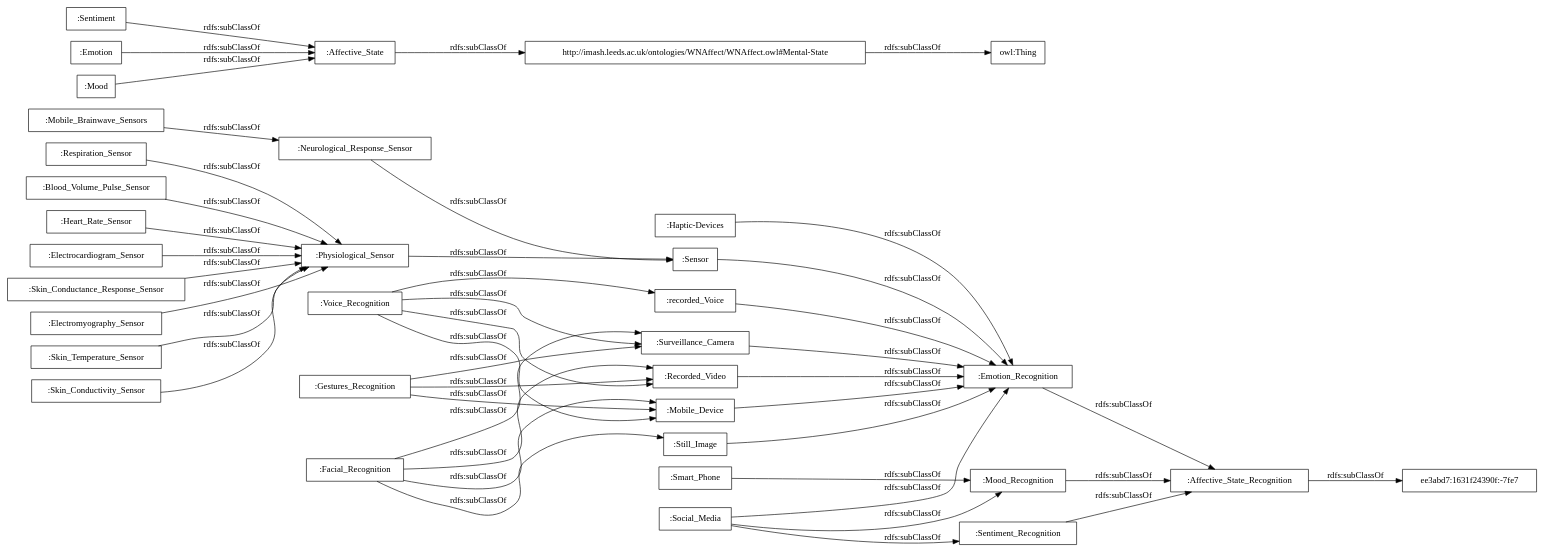
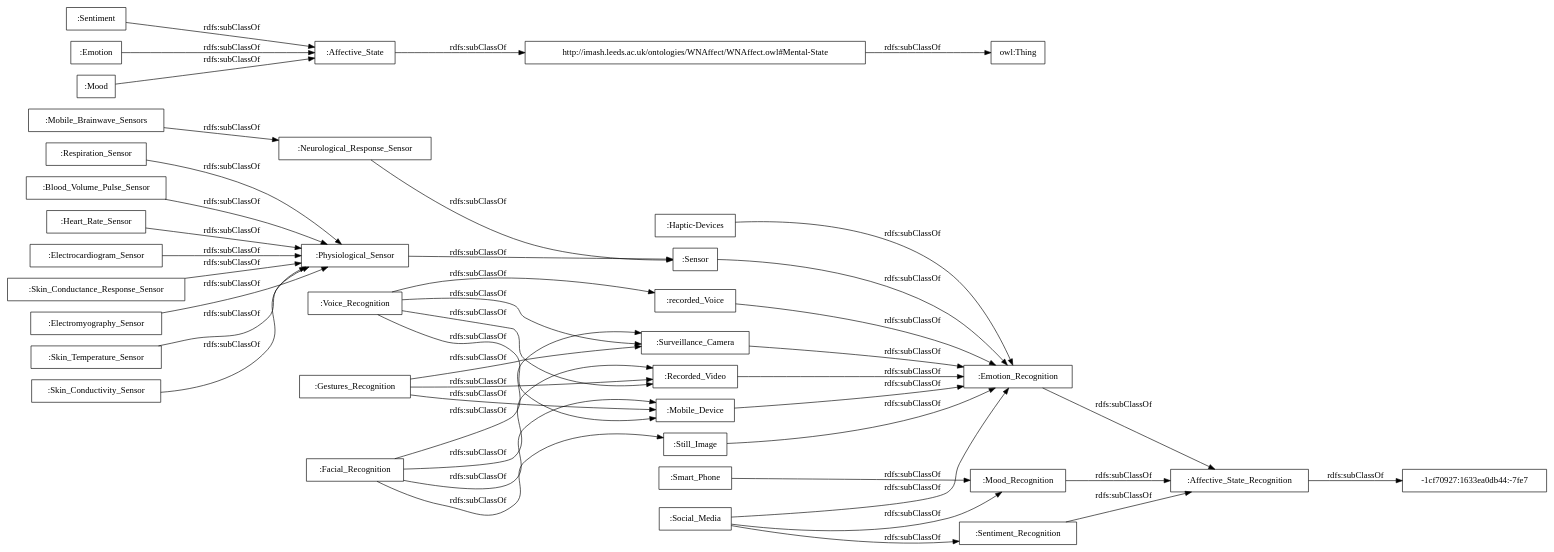
One commit to rana-othman/HASIO-Modularization changed the diagram in OnToology/Affective_States_Recognition_Module.owl/diagrams/ar2dtool-taxonomy/Affective_States_Recognition_Module.owl.png.dot. Above: the diagram before and after it, drawn with Graphviz. The commit also changed 31 other files, not shown here.

```diff
--- a/OnToology/Affective_States_Recognition_Module.owl/diagrams/ar2dtool-taxonomy/Affective_States_Recognition_Module.owl.png.dot
+++ b/OnToology/Affective_States_Recognition_Module.owl/diagrams/ar2dtool-taxonomy/Affective_States_Recognition_Module.owl.png.dot
@@ -1,48 +1,48 @@
 digraph ar2dtool_diagram { 
 rankdir=LR;
 size="1000"
-node [shape = rectangle, color="black"]; ":Mobile_Device" ":Voice_Recognition" ":Sentiment" ":Heart_Rate_Sensor" ":Neurological_Response_Sensor" ":Haptic-Devices" ":Electrocardiogram_Sensor" ":Still_Image" ":Sensor" ":Emotion" ":Skin_Conductance_Response_Sensor" ":Mood" ":Mobile_Brainwave_Sensors" ":Affective_State" ":recorded_Voice" ":Electromyography_Sensor" ":Physiological_Sensor" ":Emotion_Recognition" ":Skin_Temperature_Sensor" ":Facial_Recognition" ":Skin_Conductivity_Sensor" ":Recorded_Video" ":Surveillance_Camera" ":Gestures_Recognition" "http://imash.leeds.ac.uk/ontologies/WNAffect/WNAffect.owl#Mental-State" ":Mood_Recognition" ":Smart_Phone" ":Sentiment_Recognition" ":Social_Media" ":Respiration_Sensor" ":Blood_Volume_Pulse_Sensor" ":Affective_State_Recognition" "ee3abd7:1631f24390f:-7fe7" ; /*classes style*/
+node [shape = rectangle, color="black"]; ":Mobile_Device" ":Voice_Recognition" ":Sentiment" ":Heart_Rate_Sensor" ":Neurological_Response_Sensor" ":Haptic-Devices" ":Electrocardiogram_Sensor" ":Still_Image" ":Sensor" ":Emotion" ":Skin_Conductance_Response_Sensor" ":Mood" ":Mobile_Brainwave_Sensors" ":Affective_State" ":recorded_Voice" ":Electromyography_Sensor" ":Physiological_Sensor" ":Emotion_Recognition" ":Skin_Temperature_Sensor" "-1cf70927:1633ea0db44:-7fe7" ":Facial_Recognition" ":Skin_Conductivity_Sensor" ":Recorded_Video" ":Surveillance_Camera" ":Gestures_Recognition" "http://imash.leeds.ac.uk/ontologies/WNAffect/WNAffect.owl#Mental-State" ":Mood_Recognition" ":Smart_Phone" ":Sentiment_Recognition" ":Social_Media" ":Respiration_Sensor" ":Blood_Volume_Pulse_Sensor" ":Affective_State_Recognition" ; /*classes style*/
 	":Emotion_Recognition" -> ":Affective_State_Recognition" [ label = "rdfs:subClassOf" ];
 	":Voice_Recognition" -> ":recorded_Voice" [ label = "rdfs:subClassOf" ];
 	":Voice_Recognition" -> ":Surveillance_Camera" [ label = "rdfs:subClassOf" ];
 	":Voice_Recognition" -> ":Recorded_Video" [ label = "rdfs:subClassOf" ];
 	":Voice_Recognition" -> ":Mobile_Device" [ label = "rdfs:subClassOf" ];
 	":Skin_Conductance_Response_Sensor" -> ":Physiological_Sensor" [ label = "rdfs:subClassOf" ];
 	":Smart_Phone" -> ":Mood_Recognition" [ label = "rdfs:subClassOf" ];
 	":Electromyography_Sensor" -> ":Physiological_Sensor" [ label = "rdfs:subClassOf" ];
 	":recorded_Voice" -> ":Emotion_Recognition" [ label = "rdfs:subClassOf" ];
 	":Emotion" -> ":Affective_State" [ label = "rdfs:subClassOf" ];
 	":Skin_Conductivity_Sensor" -> ":Physiological_Sensor" [ label = "rdfs:subClassOf" ];
 	"http://imash.leeds.ac.uk/ontologies/WNAffect/WNAffect.owl#Mental-State" -> "owl:Thing" [ label = "rdfs:subClassOf" ];
 	":Facial_Recognition" -> ":Surveillance_Camera" [ label = "rdfs:subClassOf" ];
 	":Facial_Recognition" -> ":Still_Image" [ label = "rdfs:subClassOf" ];
 	":Facial_Recognition" -> ":Recorded_Video" [ label = "rdfs:subClassOf" ];
 	":Facial_Recognition" -> ":Mobile_Device" [ label = "rdfs:subClassOf" ];
 	":Skin_Temperature_Sensor" -> ":Physiological_Sensor" [ label = "rdfs:subClassOf" ];
 	":Sentiment" -> ":Affective_State" [ label = "rdfs:subClassOf" ];
 	":Mood_Recognition" -> ":Affective_State_Recognition" [ label = "rdfs:subClassOf" ];
 	":Neurological_Response_Sensor" -> ":Sensor" [ label = "rdfs:subClassOf" ];
 	":Affective_State" -> "http://imash.leeds.ac.uk/ontologies/WNAffect/WNAffect.owl#Mental-State" [ label = "rdfs:subClassOf" ];
 	":Mobile_Brainwave_Sensors" -> ":Neurological_Response_Sensor" [ label = "rdfs:subClassOf" ];
 	":Still_Image" -> ":Emotion_Recognition" [ label = "rdfs:subClassOf" ];
-	":Affective_State_Recognition" -> "ee3abd7:1631f24390f:-7fe7" [ label = "rdfs:subClassOf" ];
+	":Affective_State_Recognition" -> "-1cf70927:1633ea0db44:-7fe7" [ label = "rdfs:subClassOf" ];
 	":Recorded_Video" -> ":Emotion_Recognition" [ label = "rdfs:subClassOf" ];
 	":Sentiment_Recognition" -> ":Affective_State_Recognition" [ label = "rdfs:subClassOf" ];
 	":Blood_Volume_Pulse_Sensor" -> ":Physiological_Sensor" [ label = "rdfs:subClassOf" ];
 	":Gestures_Recognition" -> ":Surveillance_Camera" [ label = "rdfs:subClassOf" ];
 	":Gestures_Recognition" -> ":Recorded_Video" [ label = "rdfs:subClassOf" ];
 	":Gestures_Recognition" -> ":Mobile_Device" [ label = "rdfs:subClassOf" ];
 	":Surveillance_Camera" -> ":Emotion_Recognition" [ label = "rdfs:subClassOf" ];
 	":Mobile_Device" -> ":Emotion_Recognition" [ label = "rdfs:subClassOf" ];
 	":Haptic-Devices" -> ":Emotion_Recognition" [ label = "rdfs:subClassOf" ];
 	":Physiological_Sensor" -> ":Sensor" [ label = "rdfs:subClassOf" ];
 	":Electrocardiogram_Sensor" -> ":Physiological_Sensor" [ label = "rdfs:subClassOf" ];
 	":Sensor" -> ":Emotion_Recognition" [ label = "rdfs:subClassOf" ];
 	":Mood" -> ":Affective_State" [ label = "rdfs:subClassOf" ];
 	":Heart_Rate_Sensor" -> ":Physiological_Sensor" [ label = "rdfs:subClassOf" ];
 	":Respiration_Sensor" -> ":Physiological_Sensor" [ label = "rdfs:subClassOf" ];
 	":Social_Media" -> ":Sentiment_Recognition" [ label = "rdfs:subClassOf" ];
 	":Social_Media" -> ":Mood_Recognition" [ label = "rdfs:subClassOf" ];
 	":Social_Media" -> ":Emotion_Recognition" [ label = "rdfs:subClassOf" ];
 
 }
```
